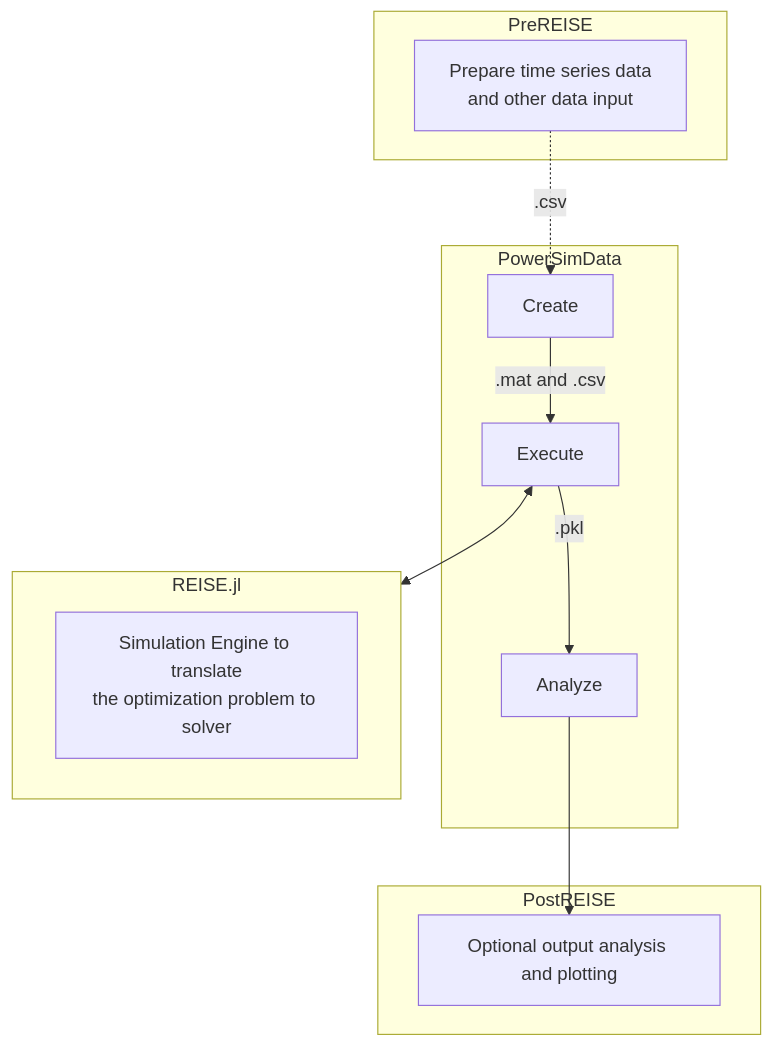
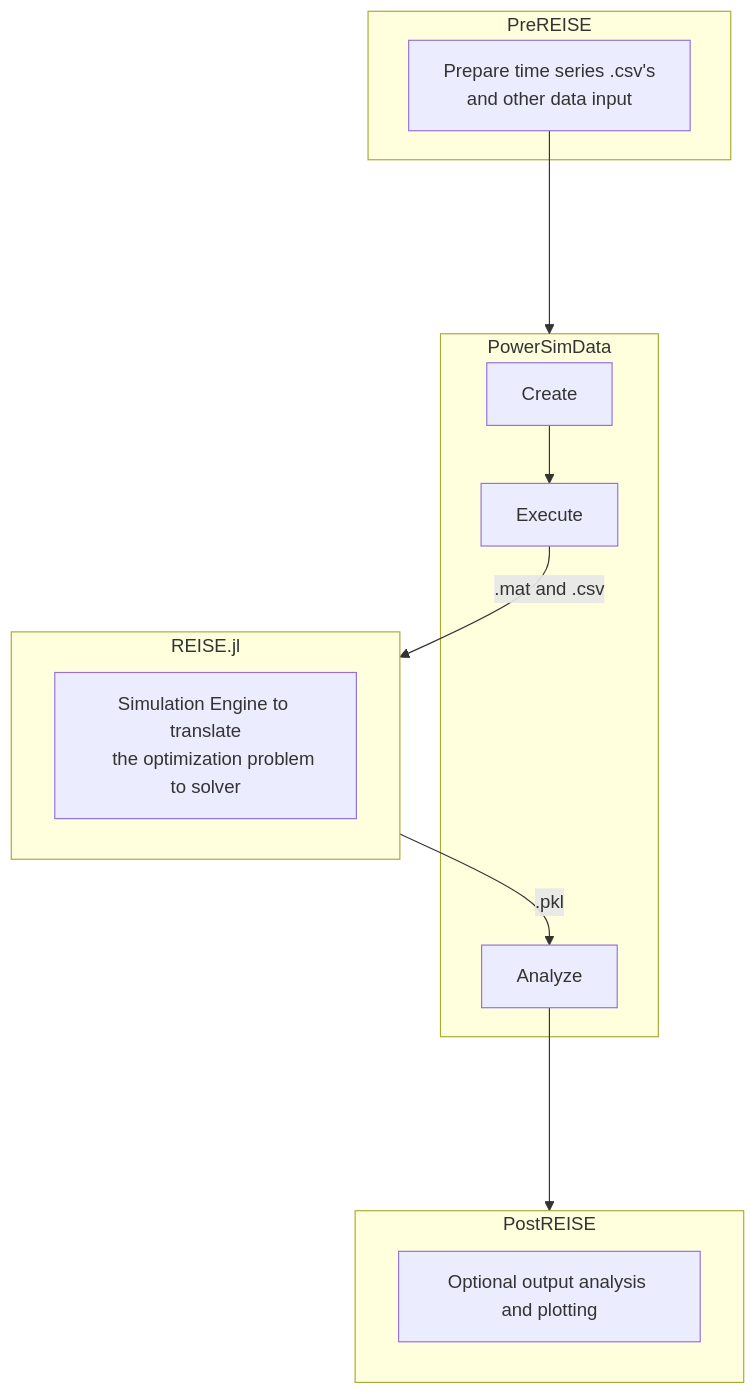
The diagram in source/index.rst (Breakthrough-Energy/docs), drawn with Mermaid before and after one commit.

Commit message:
fix: adjust landing page diagram

```diff
--- a/source/index.rst
+++ b/source/index.rst
@@ -51,21 +51,25 @@
 .. mermaid::
 
     flowchart TD
         subgraph M[PreREISE]
-        B["Prepare time series data
+        B["Prepare time series .csv's
         and other data input"]
-	end
+        end
 
-	B -.".csv".-> C[Create]
-	subgraph N[PowerSimData]
-	C --".mat and .csv"--> D[Execute]
-	D --".pkl"--> E[Analyze]
-	end
-	subgraph O[REISE.jl]
-	F["Simulation Engine to translate
-	the optimization problem to solver"]
-	end
-	D <--> O
-	subgraph P[PostREISE]
-	E --> G["Optional output analysis and plotting"]
-	end
+        subgraph N[PowerSimData]
+        C[Create] --> D[Execute]
+        D
+        E[Analyze]
+        end
+
+        B ----> N
+        subgraph O[REISE.jl]
+        F["Simulation Engine to translate
+        the optimization problem to solver"]
+        end
+        D --".mat and .csv"--> O
+        O --".pkl"--> E
+        subgraph P[PostREISE]
+        G["Optional output analysis and plotting"]
+        end
+        E ----> P	
```
